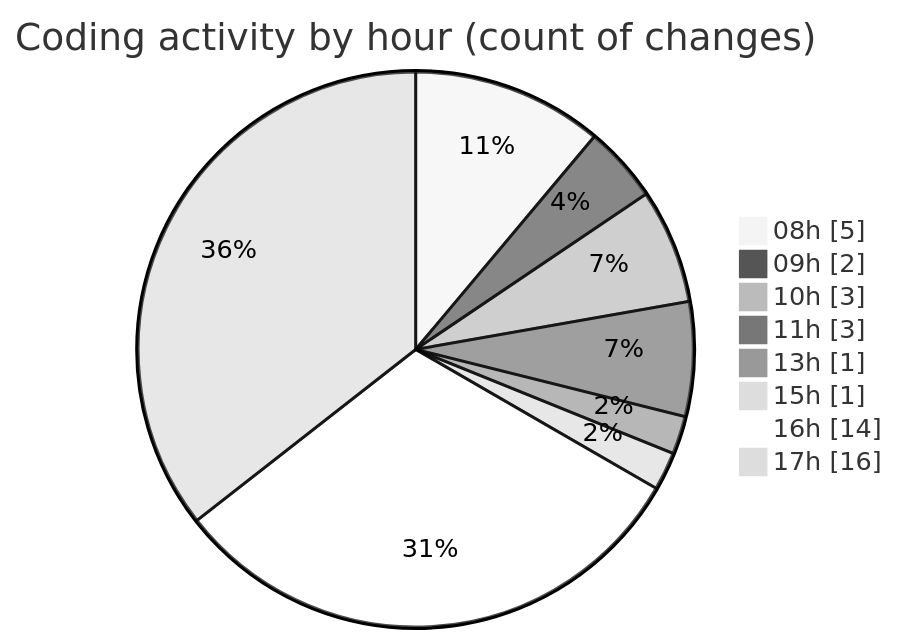
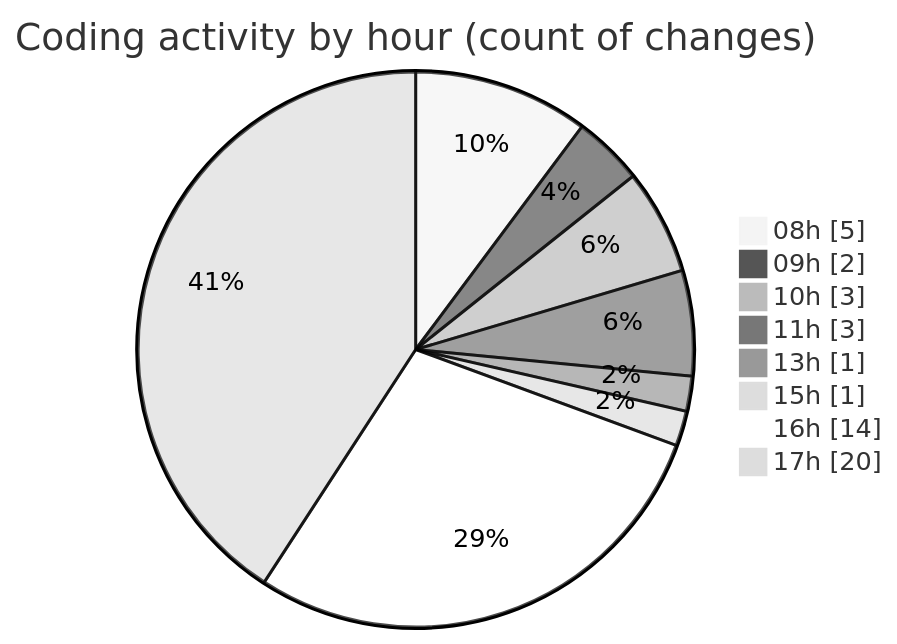
The second of 2 diagrams in 2025-10-27/eventscop-frontend-guide__workspace_/README.md (julien-gomy/code-tracking), drawn with Mermaid (neutral theme) before and after one commit. The commit also changed other lines of this file and 1 other file, not shown here.

````diff
--- a/2025-10-27/eventscop-frontend-guide__workspace_/README.md
+++ b/2025-10-27/eventscop-frontend-guide__workspace_/README.md
@@ -42,12 +42,12 @@
 ```mermaid
 pie showData
 title Coding activity by hour (count of changes)
 "08h" : 5
 "09h" : 2
 "10h" : 3
 "11h" : 3
 "13h" : 1
 "15h" : 1
 "16h" : 14
-"17h" : 16
+"17h" : 20
 ```
````
